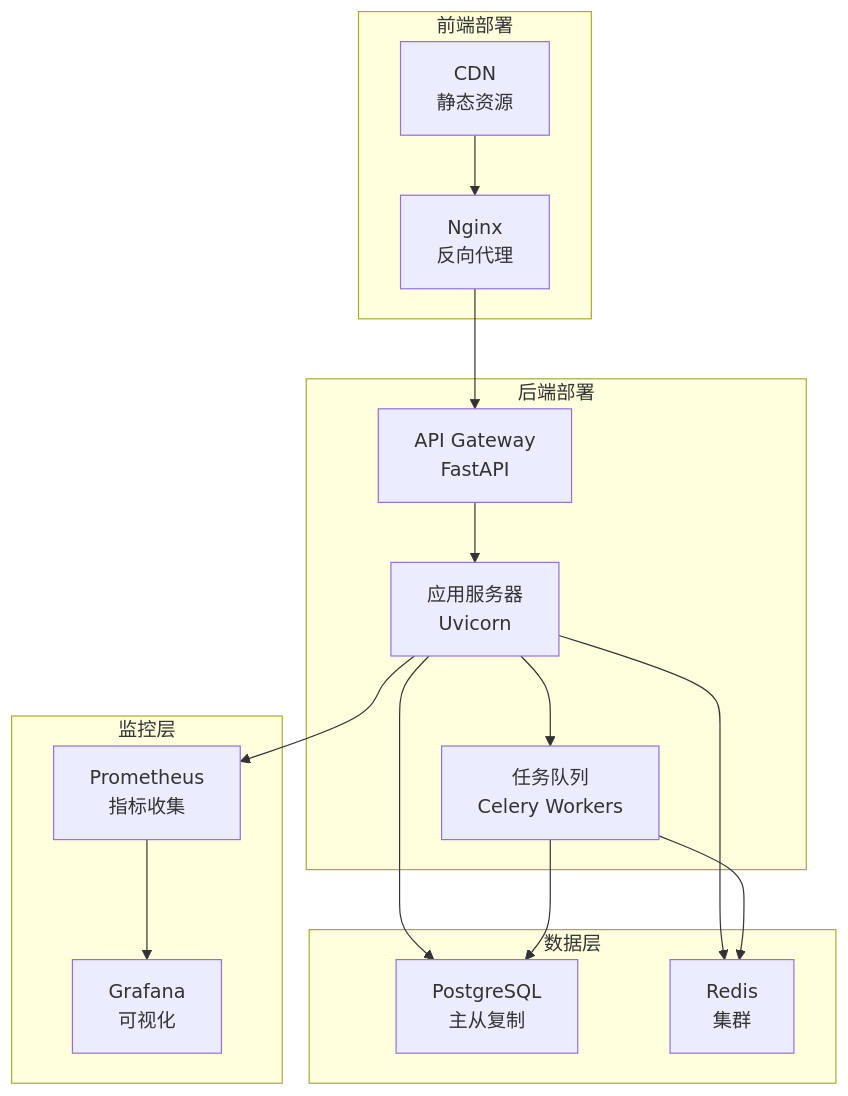
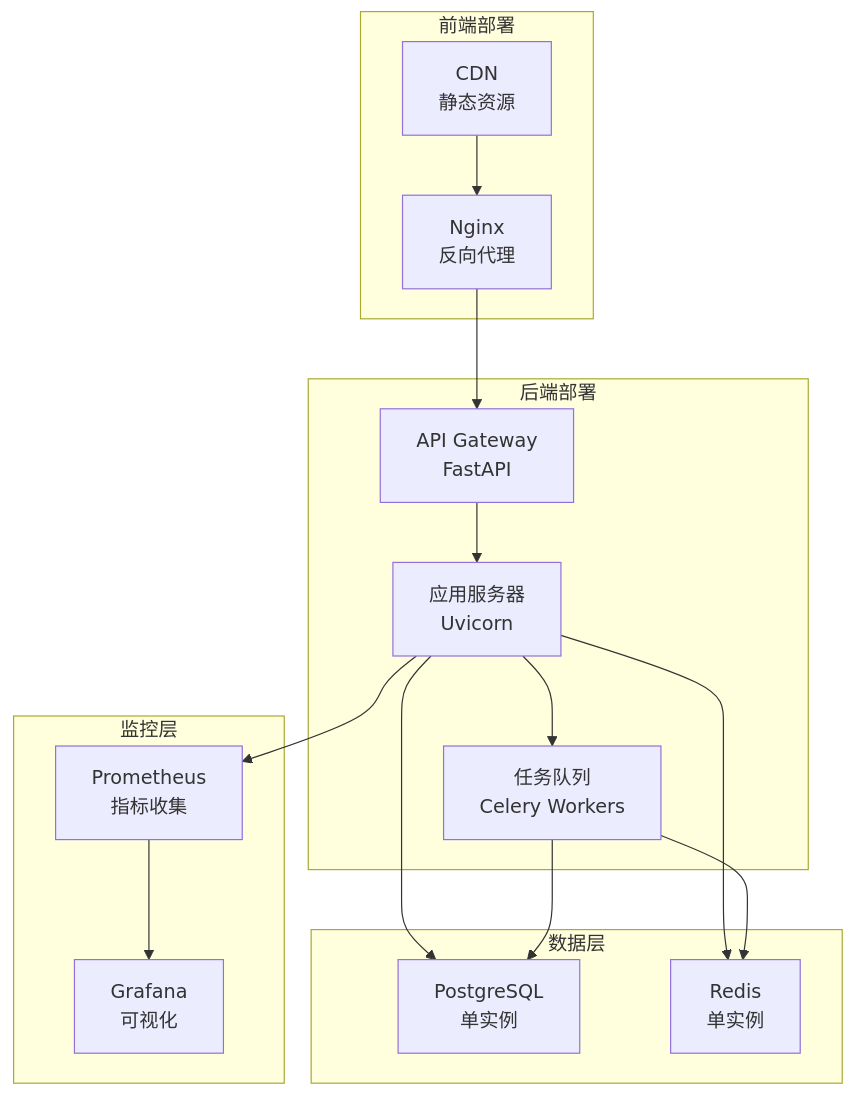
The fourth of 4 diagrams in docs/arch/13-frontend-backend-separation-evaluation.md (ZacBi/TradingAgents), drawn with Mermaid before and after one commit. The commit also changed other lines of this file, not shown here.

````diff
--- a/docs/arch/13-frontend-backend-separation-evaluation.md
+++ b/docs/arch/13-frontend-backend-separation-evaluation.md
@@ -511,24 +500,24 @@
 ```mermaid
 graph TB
     subgraph "前端部署"
         A[CDN<br/>静态资源] --> B[Nginx<br/>反向代理]
     end
     
     subgraph "后端部署"
         B --> C[API Gateway<br/>FastAPI]
         C --> D[应用服务器<br/>Uvicorn]
         D --> E[任务队列<br/>Celery Workers]
     end
     
     subgraph "数据层"
-        D --> F[PostgreSQL<br/>主从复制]
-        D --> G[Redis<br/>集群]
+        D --> F[PostgreSQL<br/>单实例]
+        D --> G[Redis<br/>单实例]
         E --> F
         E --> G
     end
     
     subgraph "监控层"
         D --> H[Prometheus<br/>指标收集]
         H --> I[Grafana<br/>可视化]
     end
 ```
````
